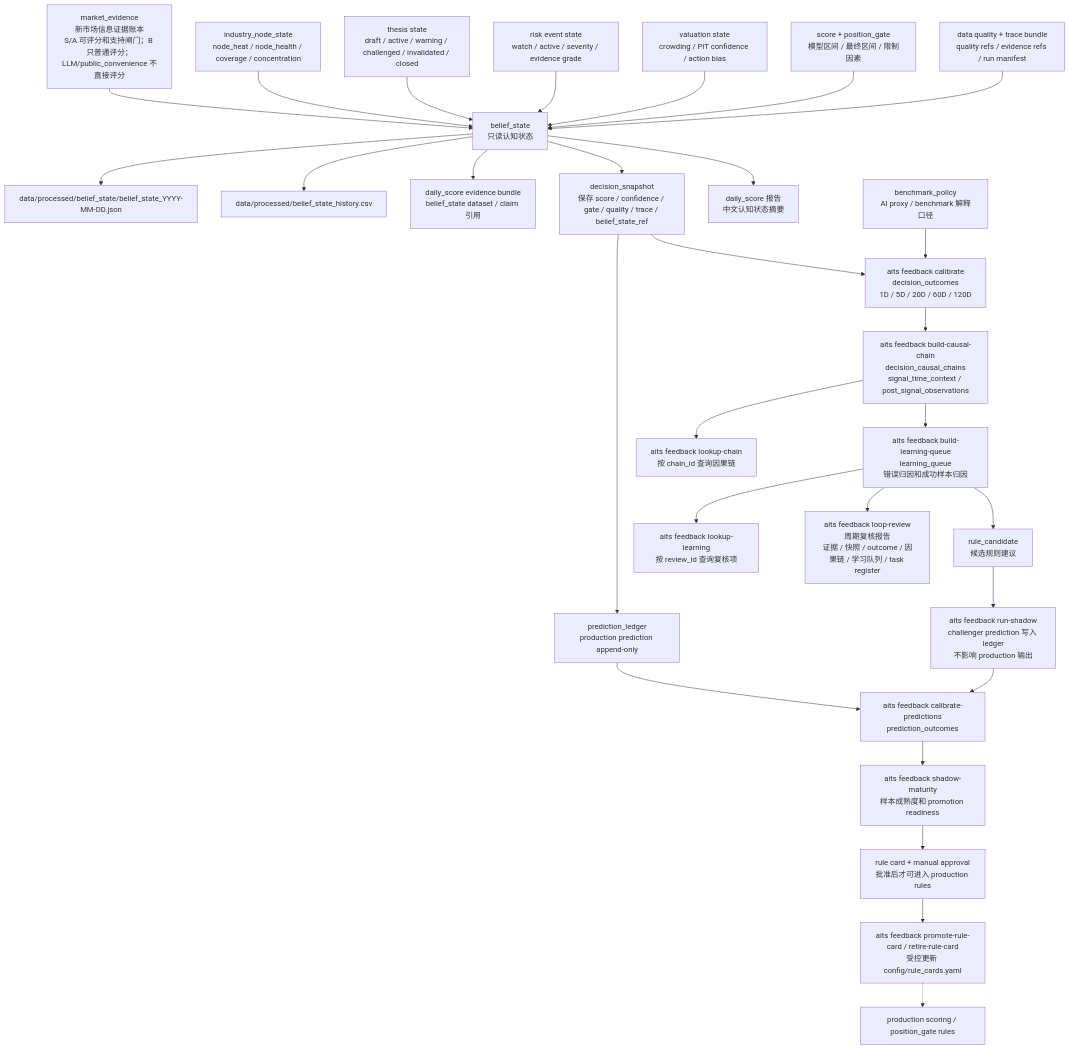
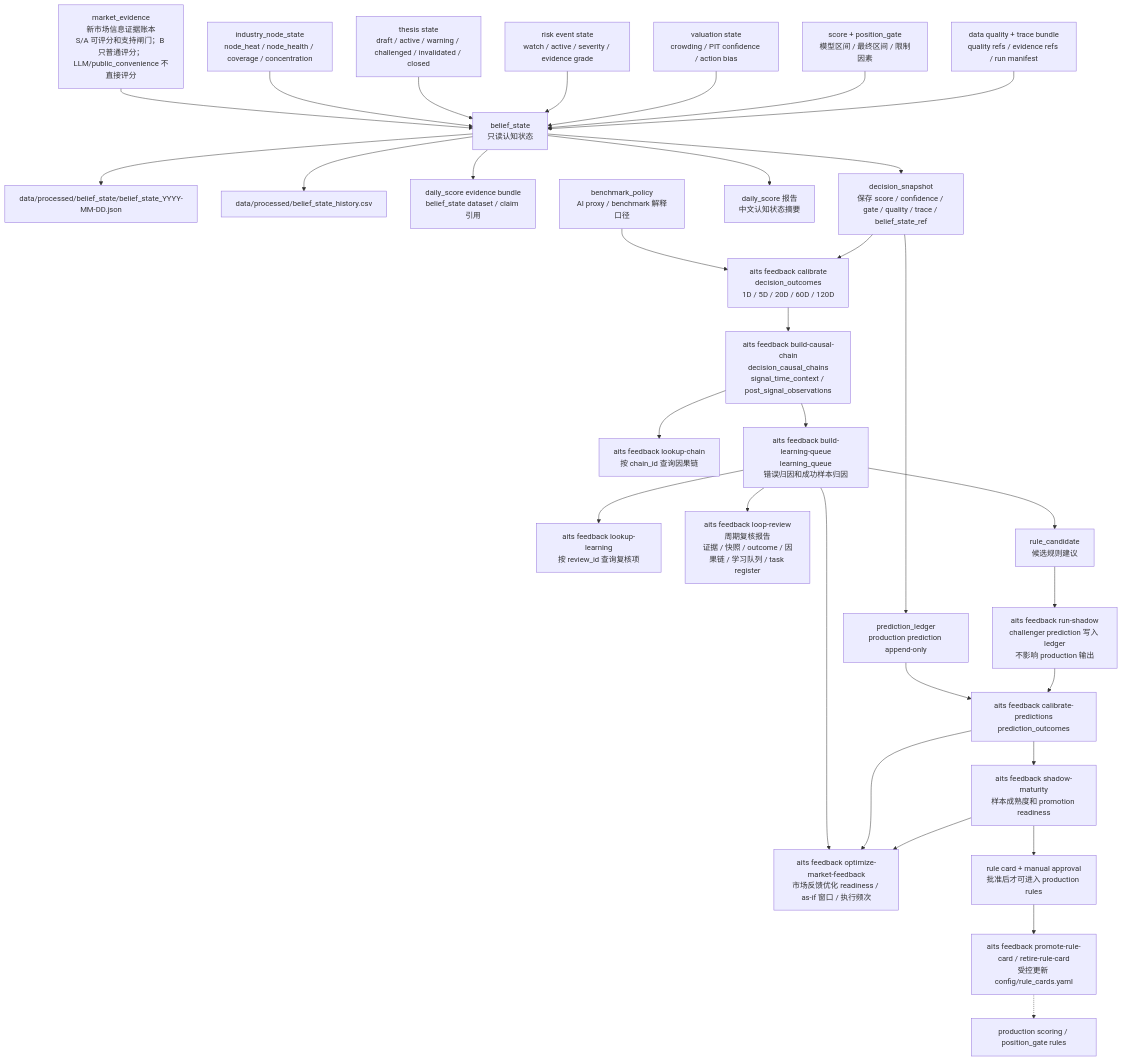
The fifth of 6 diagrams in docs/system_flow.md (AI-Trading-Collaboration/AITradingSystem), drawn with Mermaid before and after one commit. The commit also changed other lines of this file and 26 other files, not shown here.

Commit message:
feat: add market feedback optimization governance

````diff
--- a/docs/system_flow.md
+++ b/docs/system_flow.md
@@ -999,34 +1034,37 @@
 ```mermaid
 flowchart TD
     E0["market_evidence<br/>新市场信息证据账本<br/>S/A 可评分和支持闸门；B 只普通评分；LLM/public_convenience 不直接评分"] --> B0["belief_state<br/>只读认知状态"]
     C0["industry_node_state<br/>node_heat / node_health / coverage / concentration"] --> B0
     T0["thesis state<br/>draft / active / warning / challenged / invalidated / closed"] --> B0
     R0["risk event state<br/>watch / active / severity / evidence grade"] --> B0
     V0["valuation state<br/>crowding / PIT confidence / action bias"] --> B0
     S0["score + position_gate<br/>模型区间 / 最终区间 / 限制因素"] --> B0
     Q0["data quality + trace bundle<br/>quality refs / evidence refs / run manifest"] --> B0
 
     B0 --> B1["data/processed/belief_state/belief_state_YYYY-MM-DD.json"]
     B0 --> B2["data/processed/belief_state_history.csv"]
     B0 --> B3["daily_score evidence bundle<br/>belief_state dataset / claim 引用"]
     B0 --> D0["decision_snapshot<br/>保存 score / confidence / gate / quality / trace / belief_state_ref"]
     D0 --> PL0["prediction_ledger<br/>production prediction append-only"]
     B0 --> RPT["daily_score 报告<br/>中文认知状态摘要"]
 
     BPX["benchmark_policy<br/>AI proxy / benchmark 解释口径"] --> O0
     D0 --> O0["aits feedback calibrate<br/>decision_outcomes<br/>1D / 5D / 20D / 60D / 120D"]
     PL0 --> PO0["aits feedback calibrate-predictions<br/>prediction_outcomes"]
     O0 --> CA0["aits feedback build-causal-chain<br/>decision_causal_chains<br/>signal_time_context / post_signal_observations"]
     CA0 --> CAQ["aits feedback lookup-chain<br/>按 chain_id 查询因果链"]
     CA0 --> L0["aits feedback build-learning-queue<br/>learning_queue<br/>错误归因和成功样本归因"]
     L0 --> LQ["aits feedback lookup-learning<br/>按 review_id 查询复核项"]
     L0 --> LR0["aits feedback loop-review<br/>周期复核报告<br/>证据 / 快照 / outcome / 因果链 / 学习队列 / task register"]
+    L0 --> MFO0["aits feedback optimize-market-feedback<br/>市场反馈优化 readiness / as-if 窗口 / 执行频次"]
     L0 --> RC0["rule_candidate<br/>候选规则建议"]
     RC0 --> SH0["aits feedback run-shadow<br/>challenger prediction 写入 ledger<br/>不影响 production 输出"]
     SH0 --> PO0
     PO0 --> SM0["aits feedback shadow-maturity<br/>样本成熟度和 promotion readiness"]
+    PO0 --> MFO0
+    SM0 --> MFO0
     SM0 --> GOV0["rule card + manual approval<br/>批准后才可进入 production rules"]
     GOV0 --> GOV1["aits feedback promote-rule-card / retire-rule-card<br/>受控更新 config/rule_cards.yaml"]
 
     GOV1 -.-> PROD0["production scoring / position_gate rules"]
 ```
````
